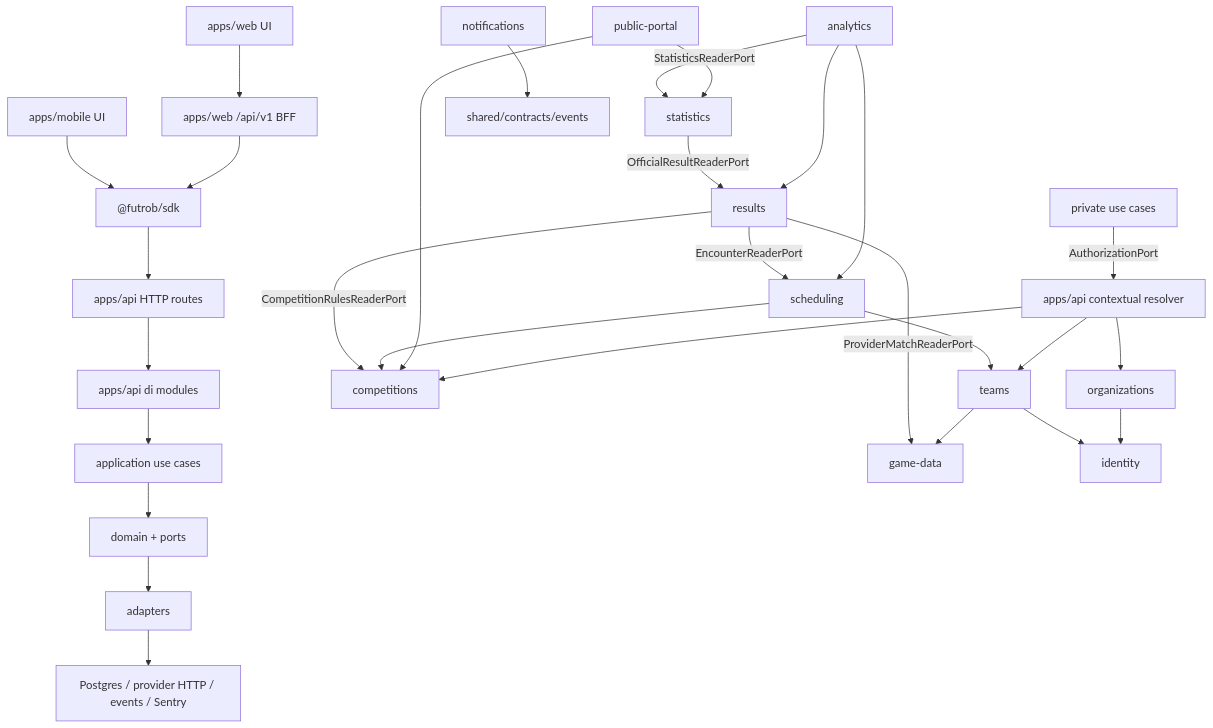
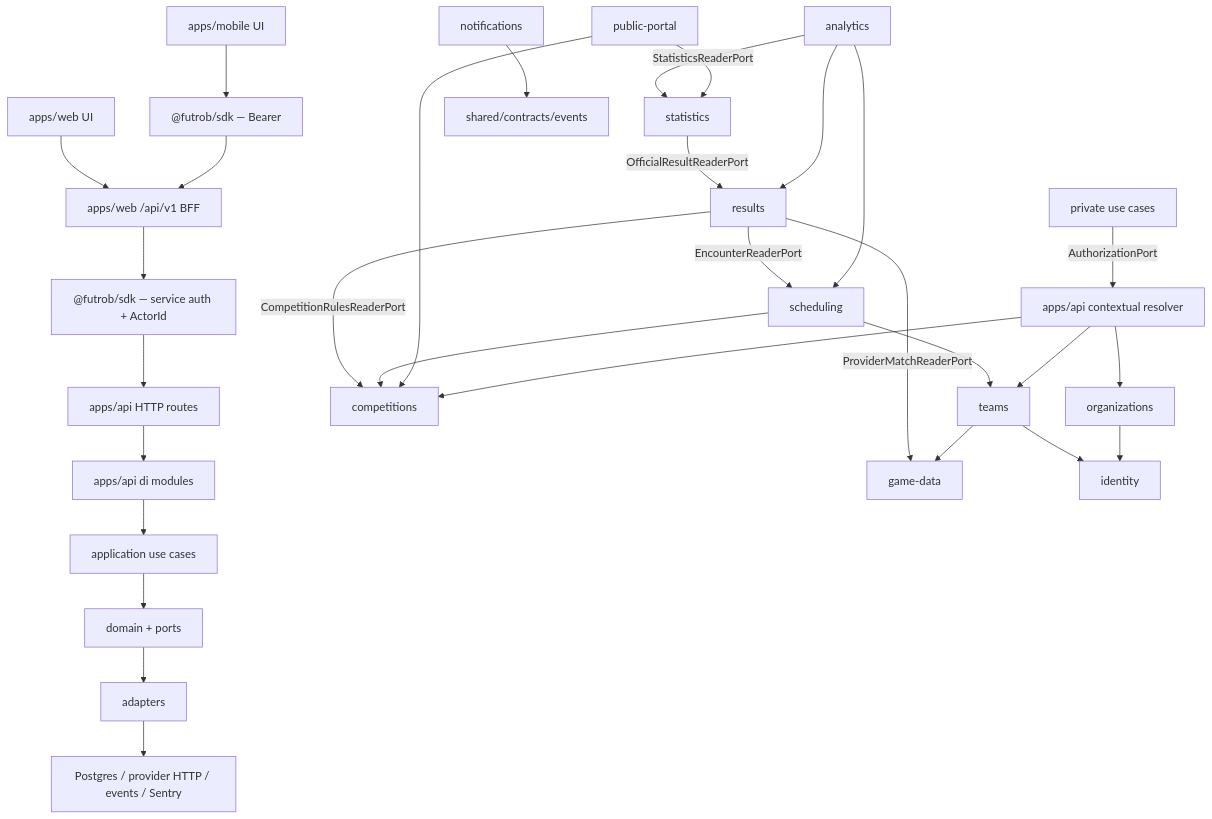
One commit to thedavos/futrob changed the first of 3 diagrams in docs/architecture/dependency-graph.md. Above: the diagram before and after it, drawn with Mermaid. The commit also changed other lines of this file and 27 other files, not shown here.

Commit message:
docs(architecture): align repository guidance with current topology

````diff
--- a/docs/architecture/dependency-graph.md
+++ b/docs/architecture/dependency-graph.md
@@ -8,32 +8,33 @@
 ```mermaid
 flowchart TD
   WebUI["apps/web UI"] --> BFF["apps/web /api/v1 BFF"]
-  MobileUI["apps/mobile UI"] --> SDK["@futrob/sdk"]
-  BFF --> SDK
+  MobileUI["apps/mobile UI"] --> ClientSDK["@futrob/sdk — Bearer"]
+  ClientSDK --> BFF
+  BFF --> SDK["@futrob/sdk — service auth + ActorId"]
   SDK --> ApiRoutes["apps/api HTTP routes"]
   ApiRoutes --> DI["apps/api di modules"]
   DI --> AppLayer["application use cases"]
   AppLayer --> Domain["domain + ports"]
   Domain --> Adapters["adapters"]
   Adapters --> Infra["Postgres / provider HTTP / events / Sentry"]
 
   Results["results"] -->|"ProviderMatchReaderPort"| GameData["game-data"]
   Results -->|"EncounterReaderPort"| Scheduling["scheduling"]
   Results -->|"CompetitionRulesReaderPort"| Competitions["competitions"]
   Statistics["statistics"] -->|"OfficialResultReaderPort"| Results
   Analytics["analytics"] -->|"StatisticsReaderPort"| Statistics
   Analytics --> Scheduling
   Analytics --> Results
   Teams["teams"] --> GameData
   Teams --> Identity["identity"]
   Scheduling --> Competitions
   Scheduling --> Teams
   Notifications["notifications"] --> SharedEvents["shared/contracts/events"]
   PublicPortal["public-portal"] --> Statistics
   PublicPortal --> Competitions
   Organizations["organizations"] --> Identity
   PrivateUseCases["private use cases"] -->|"AuthorizationPort"| AuthResolver["apps/api contextual resolver"]
   AuthResolver --> Organizations
   AuthResolver --> Competitions
   AuthResolver --> Teams
 ```
````
